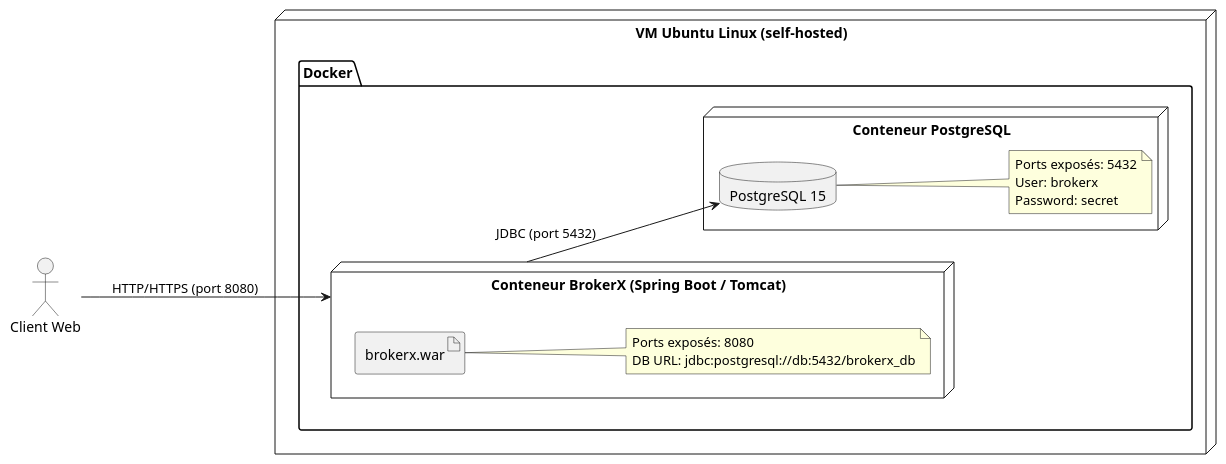
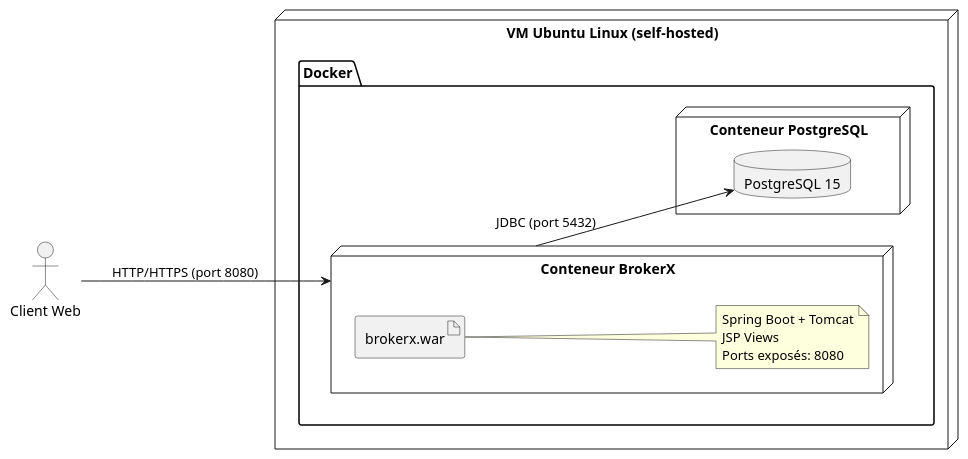
The diagram in doc/arc42/view/deploy/deploy.puml (InfragenieNexus/ets-brockerx), drawn with PlantUML before and after one commit. The commit also changed 24 other files, not shown here.

```diff
--- a/doc/arc42/view/deploy/deploy.puml
+++ b/doc/arc42/view/deploy/deploy.puml
@@ -1,34 +1,32 @@
 @startuml
 left to right direction
 
 actor "Client Web" as Client
 
 node "VM Ubuntu Linux (self-hosted)" as VM {
 
   folder "Docker" {
 
-    node "Conteneur BrokerX (Spring Boot / Tomcat)" as BrockerX {
-      artifact "brokerx.war" as WAR
-      note right
-        Ports exposés: 8080
-        DB URL: jdbc:postgresql://db:5432/brokerx_db
-      end note
-    }
+   node "Conteneur BrokerX" as BrockerX {
+     artifact "brokerx.war" as WAR
+     note right
+       Spring Boot + Tomcat
+       JSP Views
+       Ports exposés: 8080
+     end note
+   }
 
     node "Conteneur PostgreSQL" as DB {
       database "PostgreSQL 15" as PostgresDB
-      note right
-        Ports exposés: 5432
-        User: brokerx
-        Password: secret
-      end note
+
     }
 
   }
+
 }
 
 ' Relations
 Client --> BrockerX : HTTP/HTTPS (port 8080)
 BrockerX --> PostgresDB : JDBC (port 5432)
 
 @enduml
```
